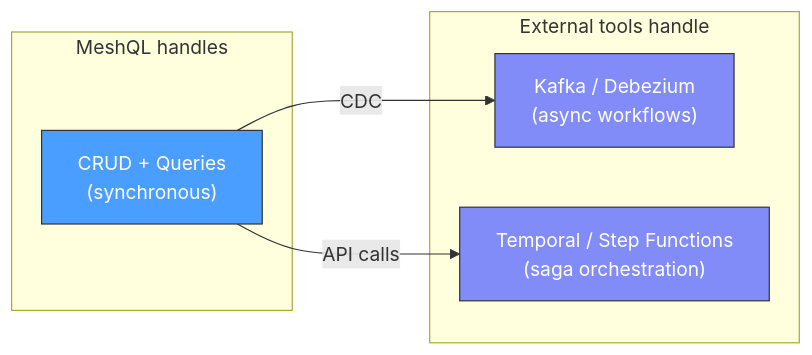
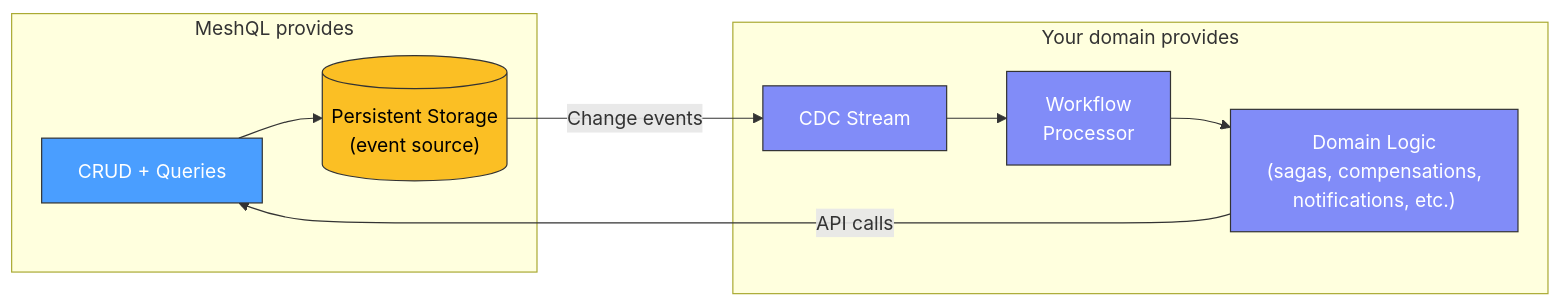
One commit to tsmarsh/meshql changed the diagram in docs/architecture/design-decisions.md. Above: the diagram before and after it, drawn with Mermaid. The commit also changed other lines of this file and 2 other files, not shown here.

````diff
--- a/docs/architecture/design-decisions.md
+++ b/docs/architecture/design-decisions.md
@@ -22,18 +32,25 @@
 ```mermaid
 graph LR
-    subgraph "MeshQL handles"
-        crud["CRUD + Queries<br/>(synchronous)"]
+    subgraph "MeshQL provides"
+        crud["CRUD + Queries"]
+        store[("Persistent Storage<br/>(event source)")]
+        crud --> store
     end
 
-    subgraph "External tools handle"
-        kafka["Kafka / Debezium<br/>(async workflows)"]
-        orchestrator["Temporal / Step Functions<br/>(saga orchestration)"]
+    subgraph "Your domain provides"
+        cdc["CDC Stream"]
+        processor["Workflow<br/>Processor"]
+        logic["Domain Logic<br/>(sagas, compensations,<br/>notifications, etc.)"]
     end
 
-    crud -->|"CDC"| kafka
-    crud -->|"API calls"| orchestrator
+    store -->|"Change events"| cdc
+    cdc --> processor
+    processor --> logic
+    logic -->|"API calls"| crud
 
     style crud fill:#4a9eff,stroke:#333,color:#fff
-    style kafka fill:#818cf8,stroke:#333,color:#fff
-    style orchestrator fill:#818cf8,stroke:#333,color:#fff
+    style store fill:#fbbf24,stroke:#333,color:#000
+    style cdc fill:#818cf8,stroke:#333,color:#fff
+    style processor fill:#818cf8,stroke:#333,color:#fff
+    style logic fill:#818cf8,stroke:#333,color:#fff
 ```
````
